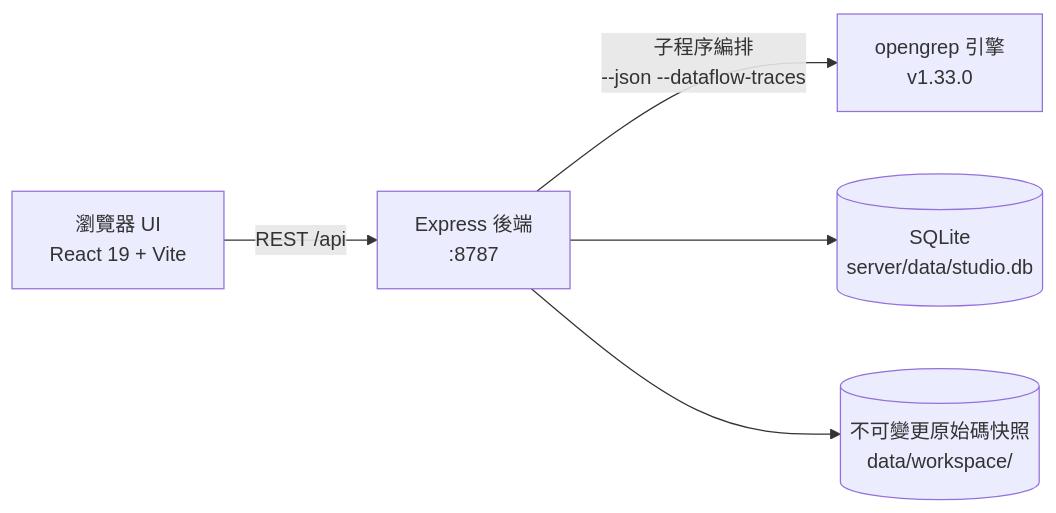
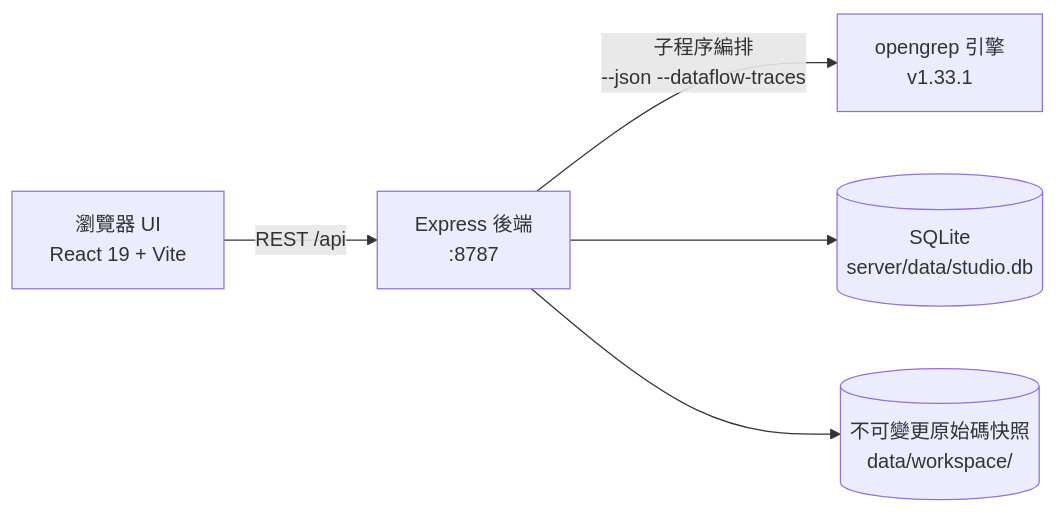
Before and after one commit to Lyfxxk/Opengrep-Studio: the diagram in docs/README.zh-Hant.md, drawn with Mermaid. The commit also changed other lines of this file and 3 other files, not shown here.

````diff
--- a/docs/README.zh-Hant.md
+++ b/docs/README.zh-Hant.md
@@ -189,7 +189,7 @@
 ```mermaid
 flowchart LR
     U["瀏覽器 UI<br/>React 19 + Vite"] -->|"REST /api"| S["Express 後端<br/>:8787"]
-    S -->|"子程序編排<br/>--json --dataflow-traces"| E["opengrep 引擎<br/>v1.33.0"]
+    S -->|"子程序編排<br/>--json --dataflow-traces"| E["opengrep 引擎<br/>v1.33.1"]
     S --> DB[("SQLite<br/>server/data/studio.db")]
     S --> FS[("不可變更原始碼快照<br/>data/workspace/")]
 ```
````
